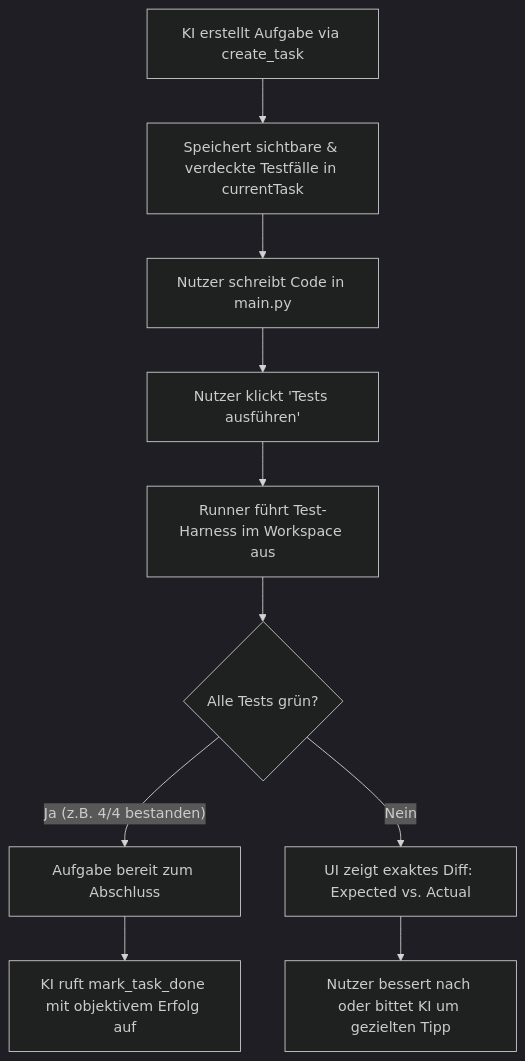
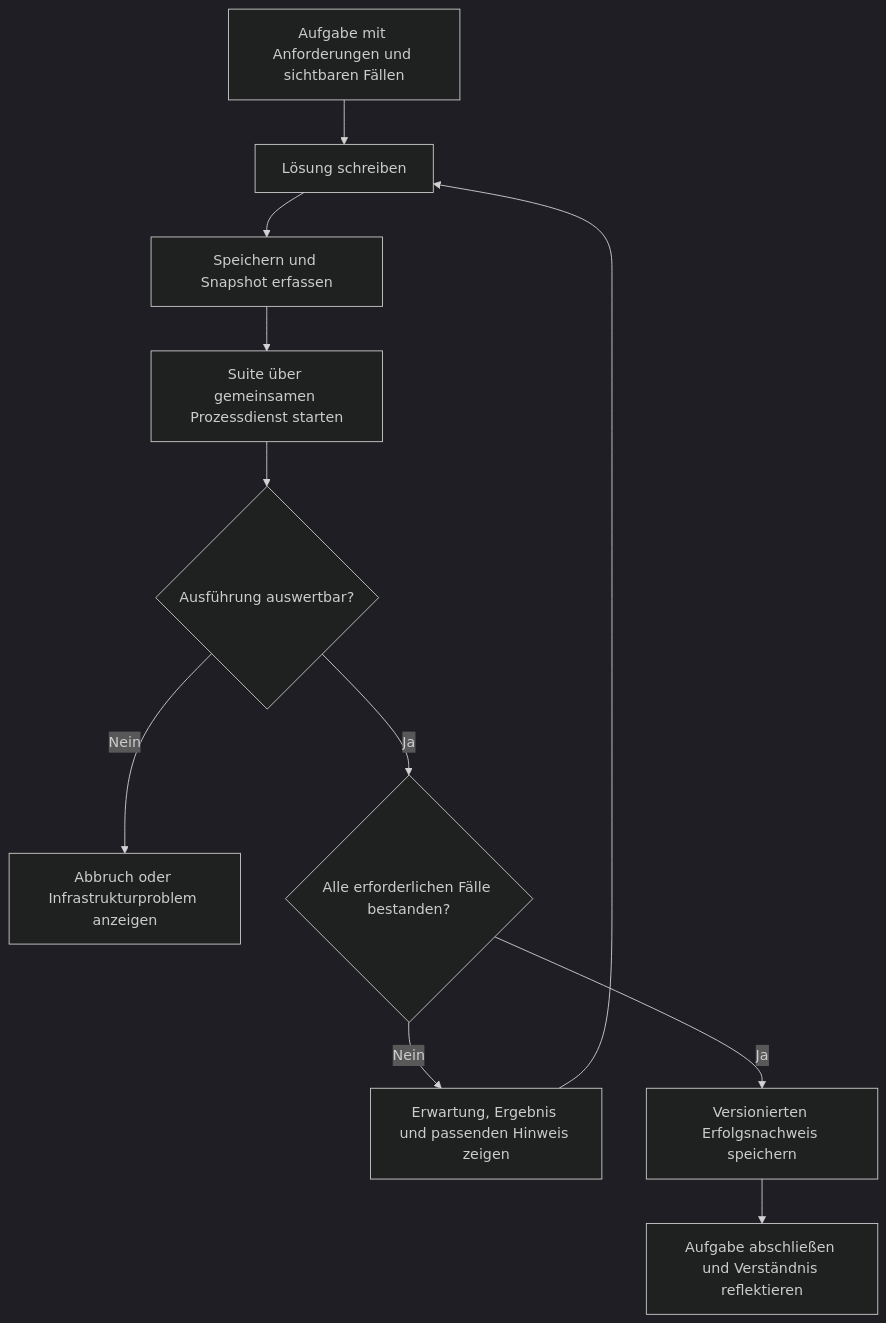
One commit to zfzfg/SterraCode changed the second of 5 diagrams in VERBESSERUNGSIDEEN.md. Above: the diagram before and after it, drawn with Mermaid (dark theme). The commit also changed other lines of this file, not shown here.

````diff
--- a/VERBESSERUNGSIDEEN.md
+++ b/VERBESSERUNGSIDEEN.md
@@ -175,12 +283,13 @@
 ```mermaid
 flowchart TD
-    A[KI erstellt Aufgabe via create_task] --> B[Speichert sichtbare & verdeckte Testfälle in currentTask]
-    B --> C[Nutzer schreibt Code in main.py]
-    C --> D[Nutzer klickt 'Tests ausführen']
-    D --> E[Runner führt Test-Harness im Workspace aus]
-    E --> F{Alle Tests grün?}
-    F -- Ja (z.B. 4/4 bestanden) --> G[Aufgabe bereit zum Abschluss]
-    G --> H[KI ruft mark_task_done mit objektivem Erfolg auf]
-    F -- Nein --> I[UI zeigt exaktes Diff: Expected vs. Actual]
-    I --> J[Nutzer bessert nach oder bittet KI um gezielten Tipp]
+    A["Aufgabe mit Anforderungen und sichtbaren Fällen"] --> B["Lösung schreiben"]
+    B --> C["Speichern und Snapshot erfassen"]
+    C --> D["Suite über gemeinsamen Prozessdienst starten"]
+    D --> E{"Ausführung auswertbar?"}
+    E -- Nein --> F["Abbruch oder Infrastrukturproblem anzeigen"]
+    E -- Ja --> G{"Alle erforderlichen Fälle bestanden?"}
+    G -- Nein --> H["Erwartung, Ergebnis und passenden Hinweis zeigen"]
+    H --> B
+    G -- Ja --> I["Versionierten Erfolgsnachweis speichern"]
+    I --> J["Aufgabe abschließen und Verständnis reflektieren"]
 ```
````
